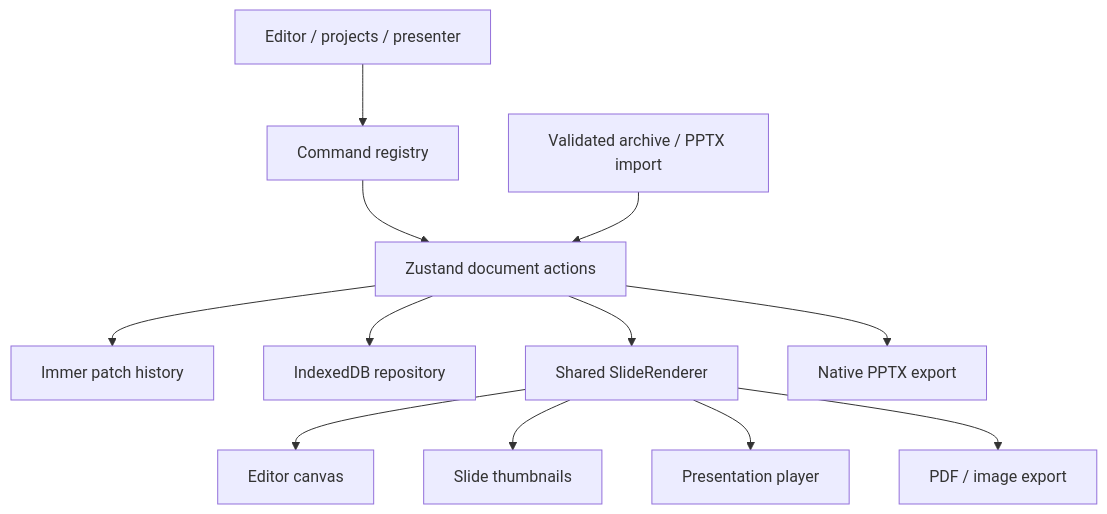
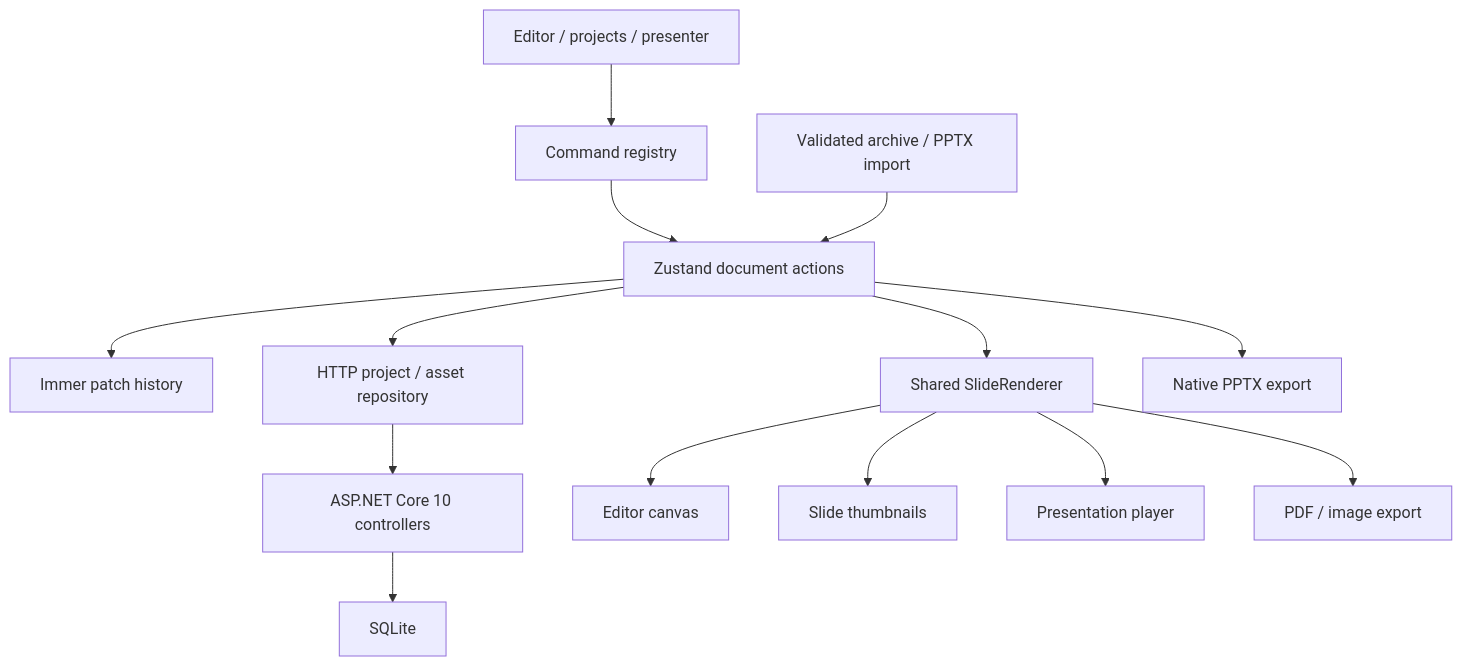
One commit to ymankh/ppt-live-editor changed the diagram in README.md. Above: the diagram before and after it, drawn with Mermaid. The commit also changed other lines of this file and 6 other files, not shown here.

````diff
--- a/README.md
+++ b/README.md
@@ -36,14 +107,16 @@
 ```mermaid
 flowchart TD
   UI[Editor / projects / presenter] --> Commands[Command registry]
   Commands --> Store[Zustand document actions]
   Store --> History[Immer patch history]
-  Store --> Repo[IndexedDB repository]
+  Store --> Repo[HTTP project / asset repository]
+  Repo --> Controllers[ASP.NET Core 10 controllers]
+  Controllers --> Database[SQLite]
   Store --> Renderer[Shared SlideRenderer]
   Renderer --> Canvas[Editor canvas]
   Renderer --> Thumbnails[Slide thumbnails]
   Renderer --> Player[Presentation player]
   Renderer --> Raster[PDF / image export]
   Store --> Native[Native PPTX export]
   Imports[Validated archive / PPTX import] --> Store
 ```
````
